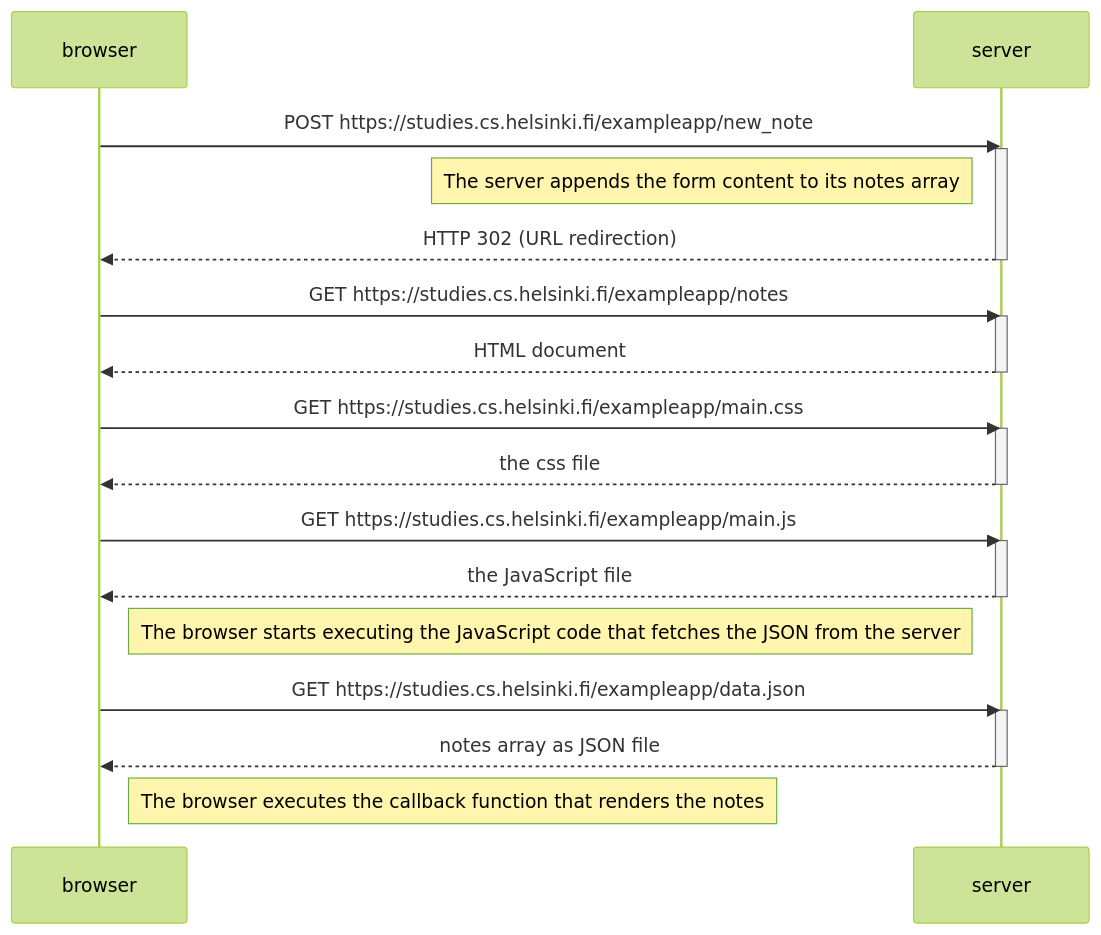
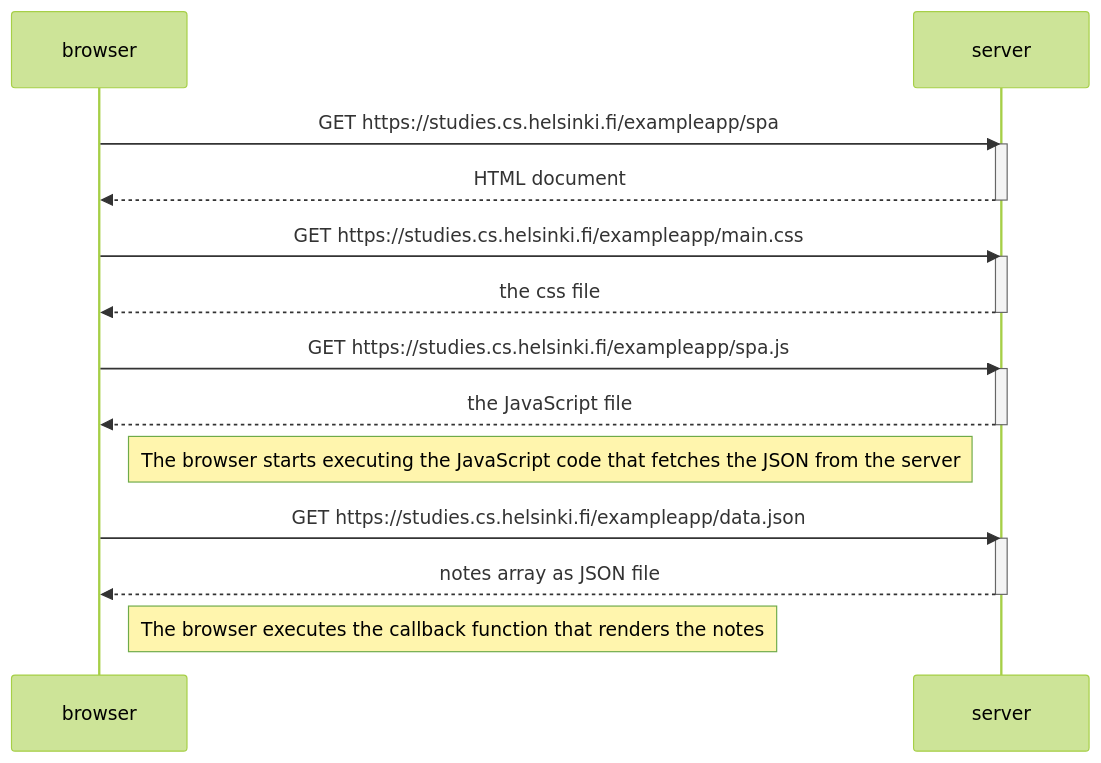
One commit to thomastoumasu/fullstack changed the diagram in ex0_5.md. Above: the diagram before and after it, drawn with Mermaid (forest theme).

````diff
--- a/ex0_5.md
+++ b/ex0_5.md
@@ -1,35 +1,29 @@
 ```mermaid
 sequenceDiagram
     participant browser
     participant server
 
-    browser->>server: POST https://studies.cs.helsinki.fi/exampleapp/new_note
-    activate server
-    Note left of server: The server appends the form content to its notes array
-    server-->>browser: HTTP 302 (URL redirection)
-    deactivate server
-
-    browser->>server: GET https://studies.cs.helsinki.fi/exampleapp/notes
+    browser->>server: GET https://studies.cs.helsinki.fi/exampleapp/spa
     activate server
     server-->>browser: HTML document
     deactivate server
 
     browser->>server: GET https://studies.cs.helsinki.fi/exampleapp/main.css
     activate server
     server-->>browser: the css file
     deactivate server
 
-    browser->>server: GET https://studies.cs.helsinki.fi/exampleapp/main.js
+    browser->>server: GET https://studies.cs.helsinki.fi/exampleapp/spa.js
     activate server
     server-->>browser: the JavaScript file
     deactivate server
 
     Note right of browser: The browser starts executing the JavaScript code that fetches the JSON from the server
 
     browser->>server: GET https://studies.cs.helsinki.fi/exampleapp/data.json
     activate server
     server-->>browser: notes array as JSON file
     deactivate server
 
     Note right of browser: The browser executes the callback function that renders the notes
 ```
````
